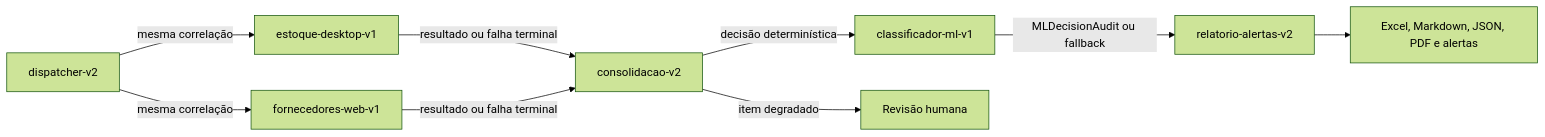
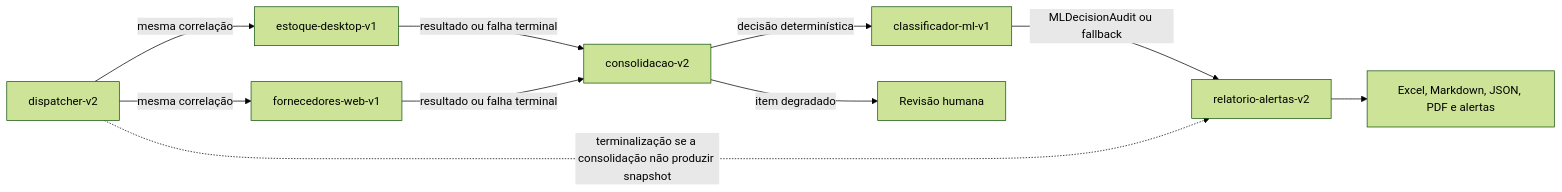
The first of 2 diagrams in docs/ARQUITETURA_CAPSTONE.md (g-f307/conferencia-de-lotes), drawn with Mermaid (forest theme) before and after one commit. The commit also changed other lines of this file, not shown here.

````diff
--- a/docs/ARQUITETURA_CAPSTONE.md
+++ b/docs/ARQUITETURA_CAPSTONE.md
@@ -69,20 +69,21 @@
 ```mermaid
 flowchart LR
     D[dispatcher-v2]
     DESK[estoque-desktop-v1]
     WEB[fornecedores-web-v1]
     CONS[consolidacao-v2]
     ML[classificador-ml-v1]
     REP[relatorio-alertas-v2]
     HUMAN[Revisão humana]
     ART[Excel, Markdown, JSON, PDF e alertas]
 
     D -->|mesma correlação| DESK
     D -->|mesma correlação| WEB
     DESK -->|resultado ou falha terminal| CONS
     WEB -->|resultado ou falha terminal| CONS
     CONS -->|decisão determinística| ML
     CONS -->|item degradado| HUMAN
     ML -->|MLDecisionAudit ou fallback| REP
+    D -.->|terminalização se a consolidação não produzir snapshot| REP
     REP --> ART
 ```
````
